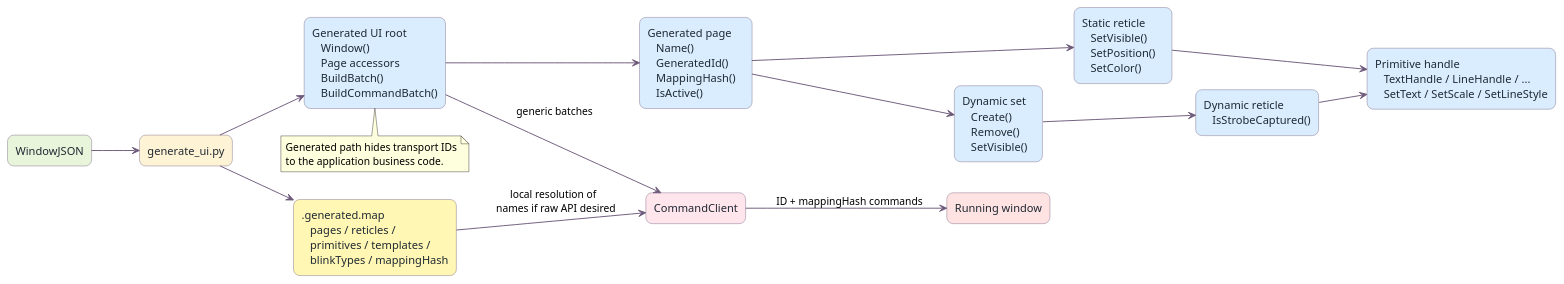
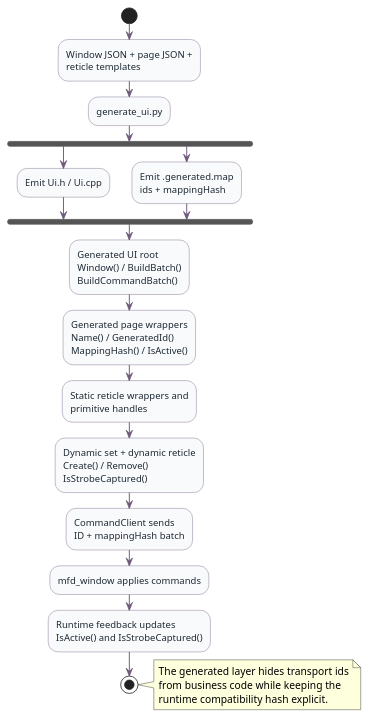
Before and after one commit to benoitfragit/MFDStudio: the diagram in docs/user_guide/diagrams/04_generated_api_model.puml, drawn with PlantUML. The commit also changed 13 other files, not shown here.

```diff
--- a/docs/user_guide/diagrams/04_generated_api_model.puml
+++ b/docs/user_guide/diagrams/04_generated_api_model.puml
@@ -1,43 +1,37 @@
 @startuml
 skinparam backgroundColor #FFFFFF
 skinparam shadowing false
 skinparam defaultFontName Segoe UI
 skinparam ArrowColor #6D597A
 skinparam ArrowThickness 1.2
-skinparam rectangle {
-  RoundCorner 16
+skinparam activity {
+  DiamondBorderColor #6D597A
+  DiamondBackgroundColor #F4ECFF
   BorderColor #6D597A
+  BackgroundColor #F8FAFC
   FontColor #1F2933
 }
-left to right direction
 
-rectangle "WindowJSON" as WindowJson #E9F5DB
-rectangle "generate_ui.py" as Generator #FFF3D6
-rectangle "Generated UI root   \n   Window()   \n   Page accessors   \n   BuildBatch()   \n   BuildCommandBatch()" as UiRoot #D9EDFF
-rectangle "Generated page   \n   Name()   \n   GeneratedId()   \n   MappingHash()   \n   IsActive()" as Page #D9EDFF
-rectangle "Static reticle   \n   SetVisible()   \n   SetPosition()   \n   SetColor()" as Reticle #D9EDFF
-rectangle "Primitive handle   \n   TextHandle / LineHandle / ...   \n   SetText / SetScale / SetLineStyle" as Primitive #D9EDFF
-rectangle "Dynamic set   \n   Create()   \n   Remove()   \n   SetVisible()" as DynamicSet #D9EDFF
-rectangle "Dynamic reticle   \n   IsStrobeCaptured()" as DynamicReticle #D9EDFF
-rectangle ".generated.map   \n   pages / reticles /   \n   primitives / templates /   \n   blinkTypes / mappingHash" as Map #FFF7B3
-rectangle "CommandClient" as Client #FFE5EC
-rectangle "Running window" as Runtime #FFE3E3
+start
+:Window JSON + page JSON +\nreticle templates;
+:generate_ui.py;
+fork
+  :Emit Ui.h / Ui.cpp;
+fork again
+  :Emit .generated.map\nids + mappingHash;
+end fork
+:Generated UI root\nWindow() / BuildBatch()\nBuildCommandBatch();
+:Generated page wrappers\nName() / GeneratedId()\nMappingHash() / IsActive();
+:Static reticle wrappers and\nprimitive handles;
+:Dynamic set + dynamic reticle\nCreate() / Remove()\nIsStrobeCaptured();
+:CommandClient sends\nID + mappingHash batch;
+:mfd_window applies commands;
+:Runtime feedback updates\nIsActive() and IsStrobeCaptured();
+stop
 
-WindowJson --> Generator
-Generator --> UiRoot
-Generator --> Map
-UiRoot --> Page
-Page --> Reticle
-Reticle --> Primitive
-Page --> DynamicSet
-DynamicSet --> DynamicReticle
-DynamicReticle --> Primitive
-UiRoot --> Client : generic batches
-Map --> Client : local resolution of \n names if raw API desired
-Client --> Runtime : ID + mappingHash commands
-
-note bottom of UiRoot
-Generated path hides transport IDs
-to the application business code.
+note right
+The generated layer hides transport ids
+from business code while keeping the
+runtime compatibility hash explicit.
 end note
 @enduml
```
